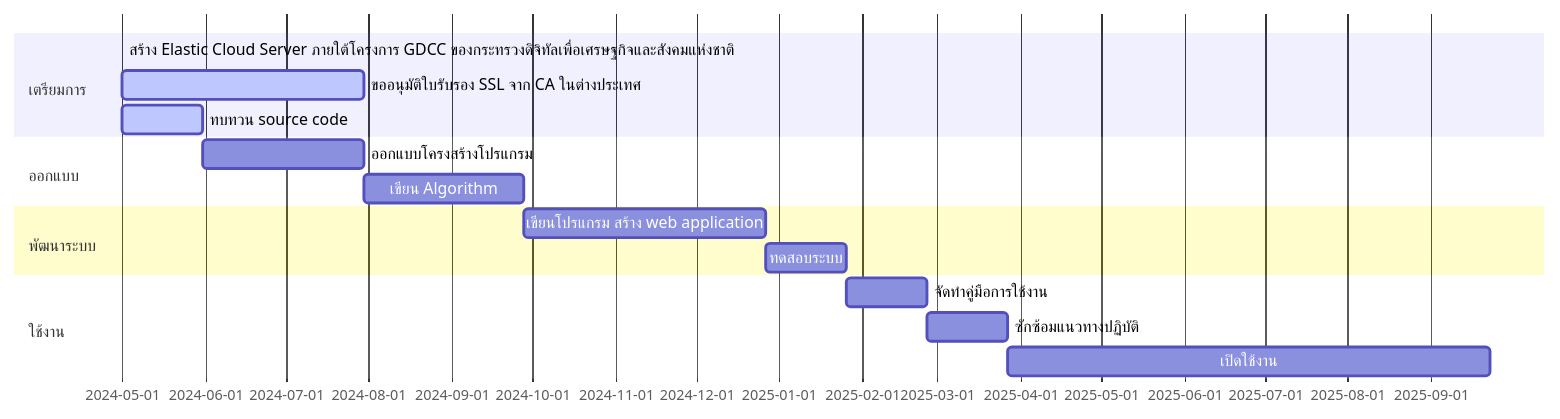
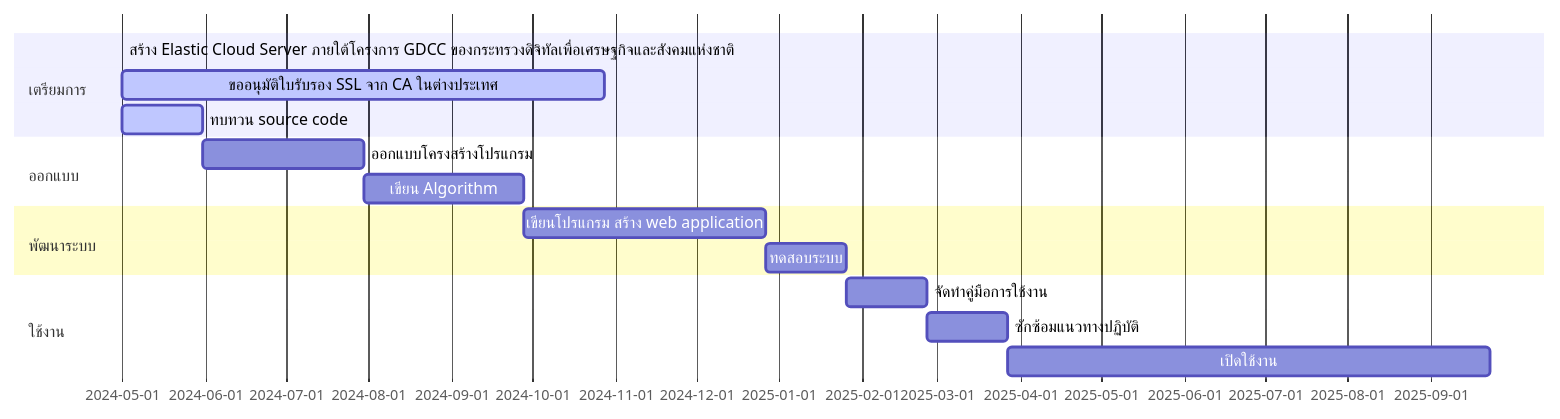
The first of 2 diagrams in README.md (Kietpawpan/e-tracking), drawn with Mermaid before and after one commit.

````diff
--- a/README.md
+++ b/README.md
@@ -10,19 +10,19 @@
 ```mermaid
 gantt
     section เตรียมการ
     สร้าง Elastic Cloud Server ภายใต้โครงการ GDCC ของกระทรวงดิจิทัลเพื่อเศรษฐกิจและสังคมแห่งชาติ :done,    des1, 2024-05-01,2024-05-30
-    ขออนุมัติใบรับรอง SSL จาก CA ในต่างประเทศ        :active, des2, after des1, 90d
+    ขออนุมัติใบรับรอง SSL จาก CA ในต่างประเทศ        :active, des2, after des1, 180d
     ทบทวน source code  :   active, des3, after des1, 30d
     section ออกแบบ
     ออกแบบโครงสร้างโปรแกรม  :         des4, after des3, 60d
     เขียน Algorithm:   des5, after des4, 60d
     section พัฒนาระบบ
     เขียนโปรแกรม สร้าง web application  :  des6, after des5, 90d
     ทดสอบระบบ:des7, after des6, 30d
    section ใช้งาน
     จัดทำคู่มือการใช้งาน   :         des8, after des7, 30d
     ซักซ้อมแนวทางปฏิบัติ   :         des9, after des8, 30d
       เปิดใช้งาน: des10, after des9, 180d
 
 
 ```
````
